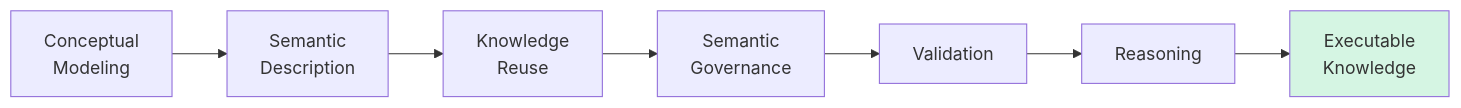
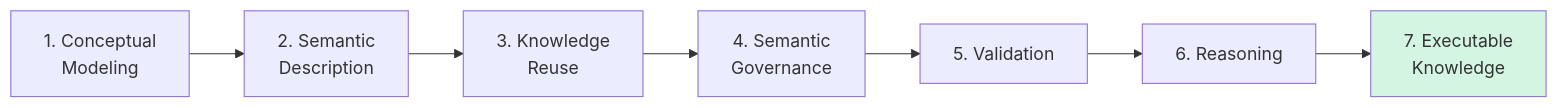
The diagram in ebook/ch15.md (yasenstar/protege_pizza), drawn with Mermaid before and after one commit. The commit also changed other lines of this file, not shown here.

````diff
--- a/ebook/ch15.md
+++ b/ebook/ch15.md
@@ -89,13 +90,13 @@
 ```mermaid
 flowchart LR
 
-A[Conceptual<br/>Modeling]
--->B[Semantic<br/>Description]
--->C[Knowledge<br/>Reuse]
--->D[Semantic<br/>Governance]
--->E[Validation]
--->F[Reasoning]
--->G[Executable<br/>Knowledge]
+A[1. Conceptual<br/>Modeling]
+-->B[2. Semantic<br/>Description]
+-->C[3. Knowledge<br/>Reuse]
+-->D[4. Semantic<br/>Governance]
+-->E[5. Validation]
+-->F[6. Reasoning]
+-->G[7. Executable<br/>Knowledge]
 
 style G fill:#D5F5E3
 ```
````
